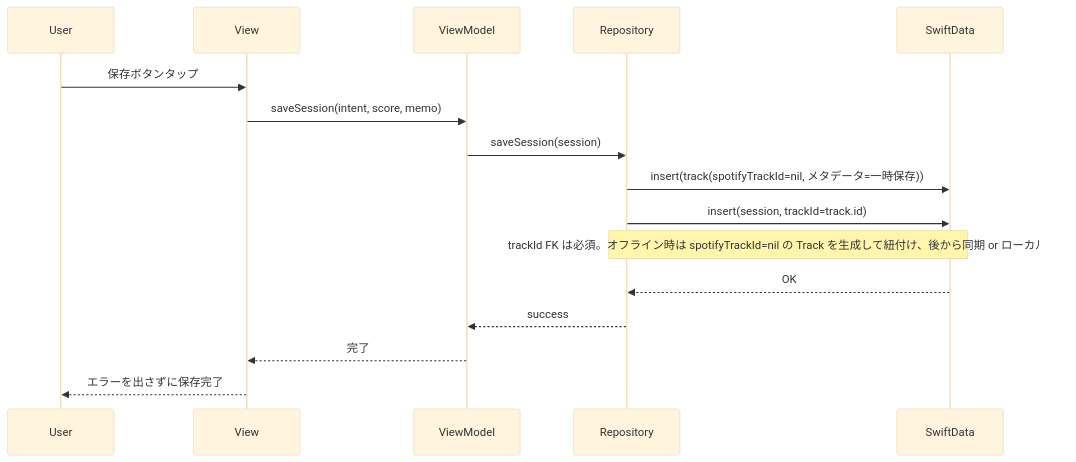
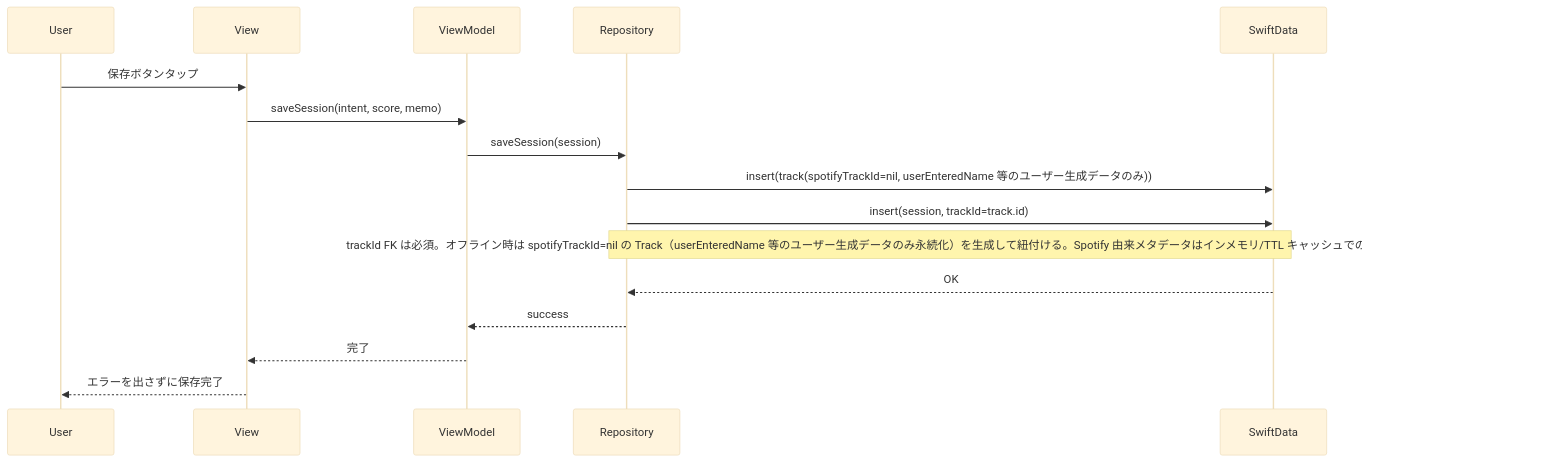
Before and after one commit to omomi-moti/Karaoke_support: the second of 7 diagrams in docs/detailed_design.md, drawn with Mermaid (base theme).

````diff
--- a/docs/detailed_design.md
+++ b/docs/detailed_design.md
@@ -50,19 +50,19 @@
 ```mermaid
 sequenceDiagram
     participant User
     participant View
     participant ViewModel
     participant Repository
     participant SwiftData
 
     User->>View: 保存ボタンタップ
     View->>ViewModel: saveSession(intent, score, memo)
     ViewModel->>Repository: saveSession(session)
-    Repository->>SwiftData: insert(track(spotifyTrackId=nil, メタデータ=一時保存))
+    Repository->>SwiftData: insert(track(spotifyTrackId=nil, userEnteredName 等のユーザー生成データのみ))
     Repository->>SwiftData: insert(session, trackId=track.id)
-    Note over Repository,SwiftData: trackId FK は必須。オフライン時は spotifyTrackId=nil の Track を生成して紐付け、後から同期 or ローカルのみ
+    Note over Repository,SwiftData: trackId FK は必須。オフライン時は spotifyTrackId=nil の Track（userEnteredName 等のユーザー生成データのみ永続化）を生成して紐付ける。Spotify 由来メタデータはインメモリ/TTL キャッシュでのみ保持し、SwiftData へ永続化しない
     SwiftData-->>Repository: OK
     Repository-->>ViewModel: success
     ViewModel-->>View: 完了
     View-->>User: エラーを出さずに保存完了
 ```
````
